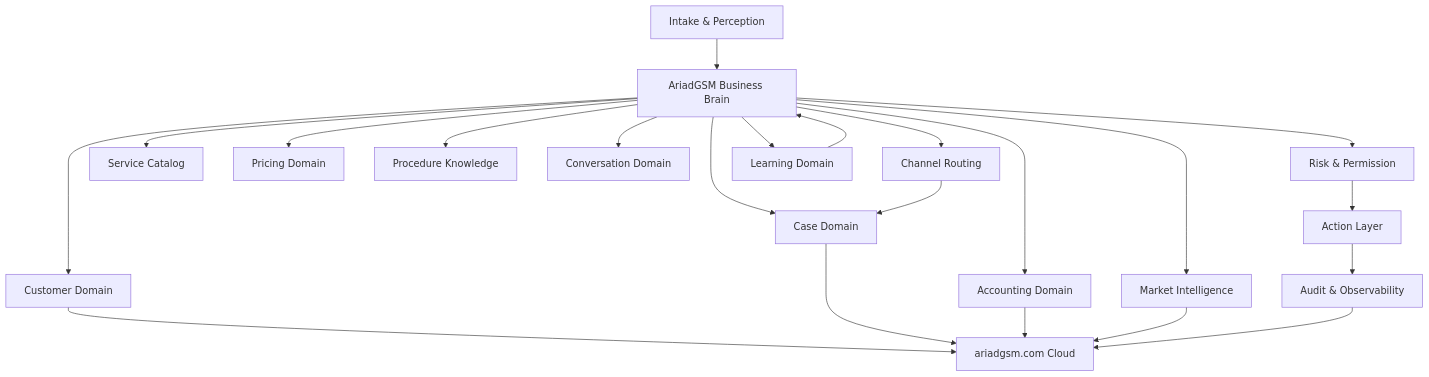
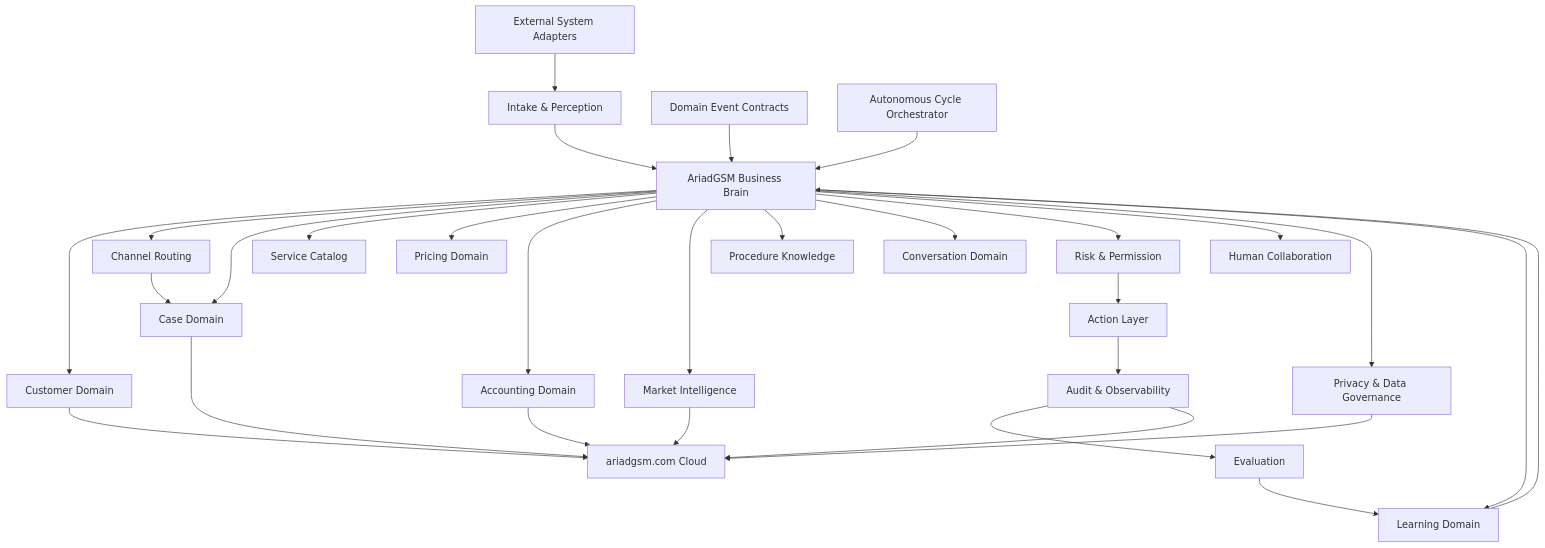
The diagram in docs/ARIADGSM_BUSINESS_DOMAIN_MAP.md (raugsm/miweb-2.0), drawn with Mermaid before and after one commit. The commit also changed other lines of this file and 1 other file, not shown here.

Commit message:
Audit and strengthen business domain map

````diff
--- a/docs/ARIADGSM_BUSINESS_DOMAIN_MAP.md
+++ b/docs/ARIADGSM_BUSINESS_DOMAIN_MAP.md
@@ -180,41 +186,55 @@
 ```mermaid
 flowchart TB
   Brain["AriadGSM Business Brain"]
   Intake["Intake & Perception"]
   Customer["Customer Domain"]
   Routing["Channel Routing"]
   Case["Case Domain"]
   Service["Service Catalog"]
   Pricing["Pricing Domain"]
   Accounting["Accounting Domain"]
   Market["Market Intelligence"]
   Procedure["Procedure Knowledge"]
   Conversation["Conversation Domain"]
   Action["Action Layer"]
   Risk["Risk & Permission"]
   Learning["Learning Domain"]
+  Eval["Evaluation"]
+  Privacy["Privacy & Data Governance"]
+  Human["Human Collaboration"]
+  Contracts["Domain Event Contracts"]
+  Adapters["External System Adapters"]
+  Cycle["Autonomous Cycle Orchestrator"]
   Cloud["ariadgsm.com Cloud"]
   Audit["Audit & Observability"]
 
+  Adapters --> Intake
   Intake --> Brain
+  Contracts --> Brain
+  Cycle --> Brain
   Brain --> Customer
   Brain --> Routing
   Brain --> Case
   Brain --> Service
   Brain --> Pricing
   Brain --> Accounting
   Brain --> Market
   Brain --> Procedure
   Brain --> Conversation
   Brain --> Risk
+  Brain --> Human
+  Brain --> Privacy
   Risk --> Action
   Action --> Audit
+  Audit --> Eval
+  Eval --> Learning
   Brain --> Learning
   Learning --> Brain
+  Privacy --> Cloud
   Customer --> Cloud
   Routing --> Case
   Case --> Cloud
   Accounting --> Cloud
   Market --> Cloud
   Audit --> Cloud
 ```
````
